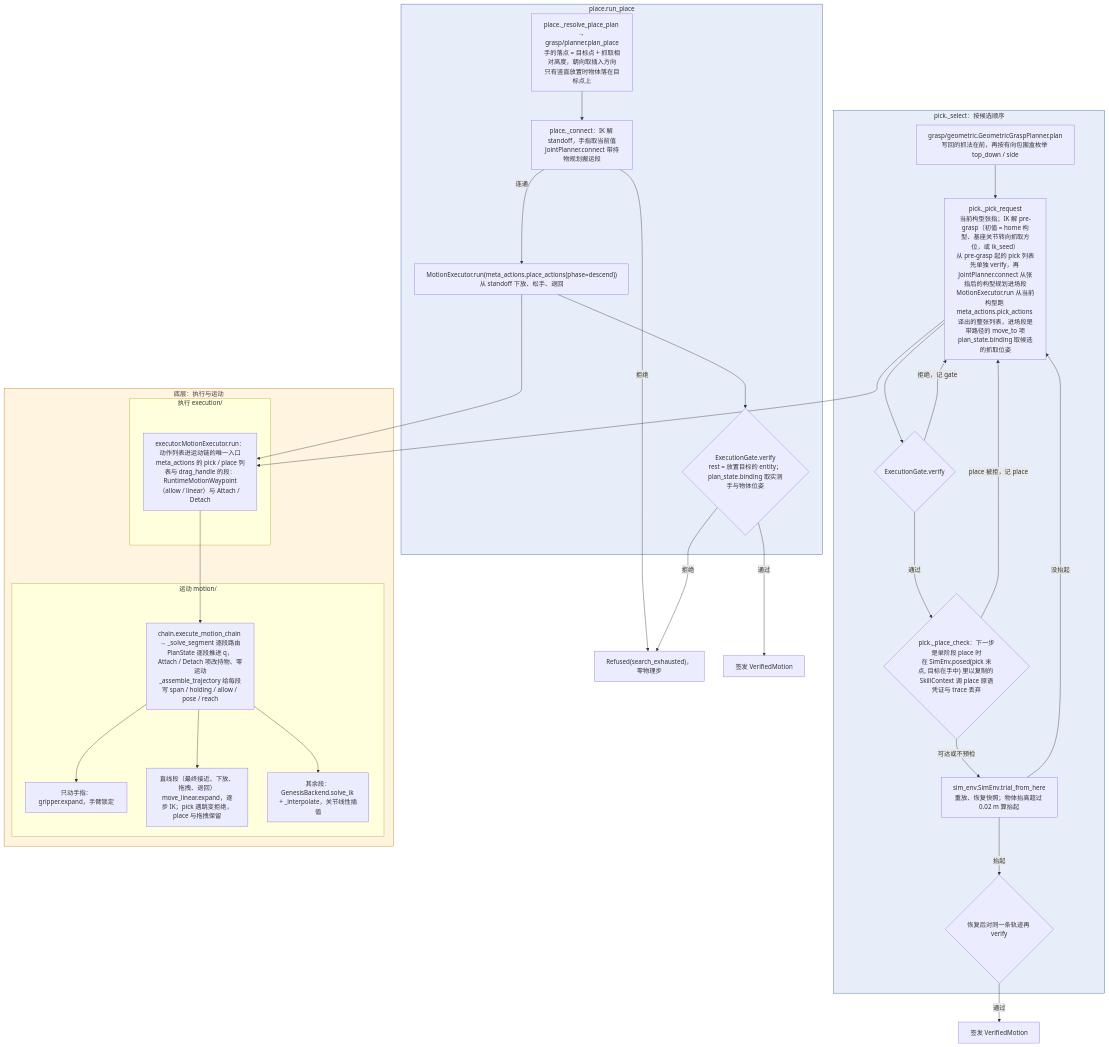
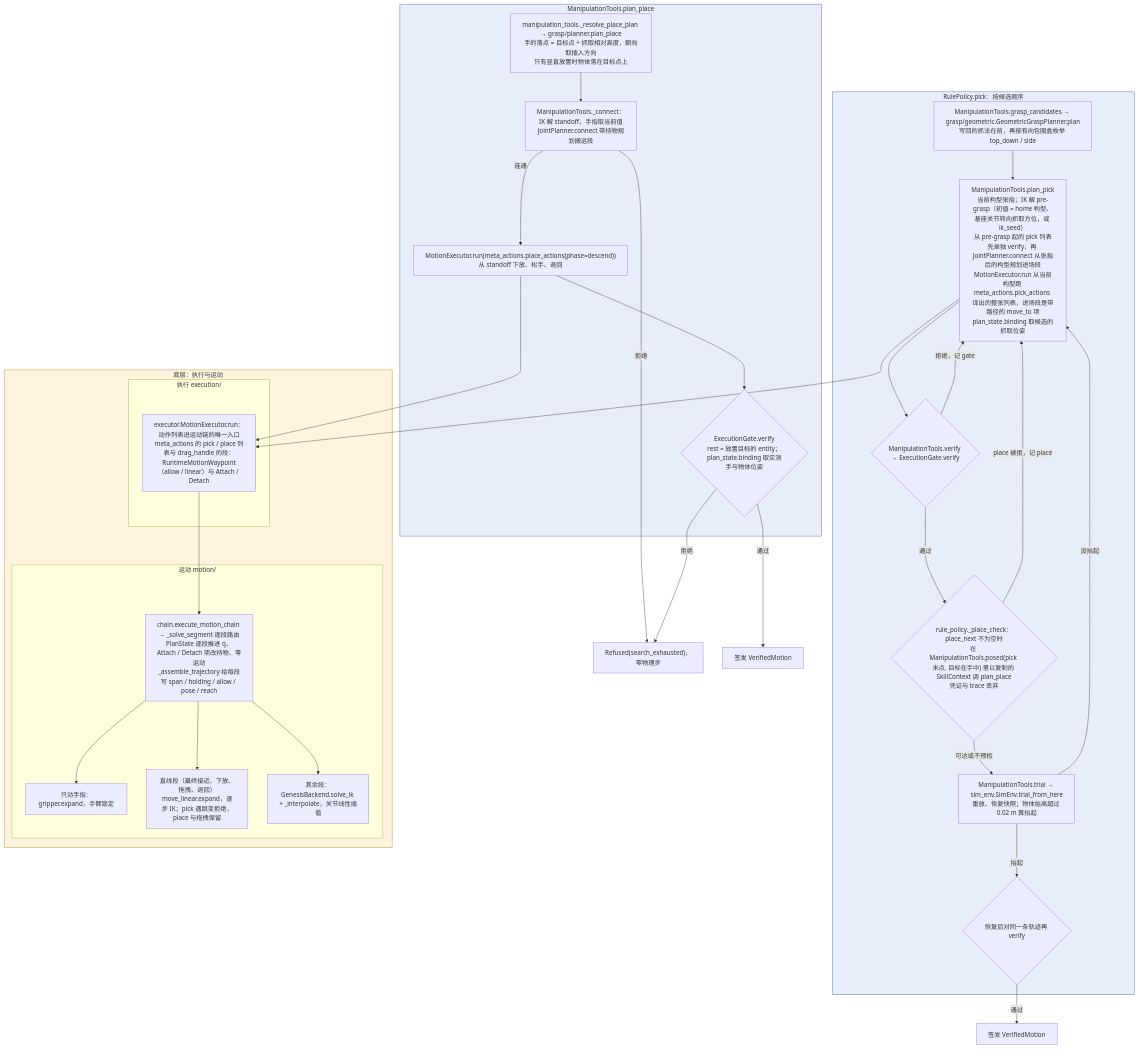
The fourth of 5 diagrams in docs/call-chain.md (ZJLi2013/RoboSmith), drawn with Mermaid before and after one commit. The commit also changed other lines of this file and 13 other files, not shown here.

Commit message:
skills: pick and place are a rule policy over manipulation tools, and the runner passes each step what follows it and how to trial

````diff
--- a/docs/call-chain.md
+++ b/docs/call-chain.md
@@ -178,49 +186,49 @@
 ```mermaid
 flowchart TD
-    subgraph PK["pick._select：按候选顺序"]
-        GEO["grasp/geometric.GeometricGraspPlanner.plan<br/>写回的抓法在前，再按有向包围盒枚举 top_down / side"]
-        PM["pick._pick_request<br/>当前构型张指；IK 解 pre-grasp（初值 = home 构型、基座关节转向抓取方位，或 ik_seed）<br/>从 pre-grasp 起的 pick 列表先单独 verify，再 JointPlanner.connect 从张指后的构型规划进场段<br/>MotionExecutor.run 从当前构型跑 meta_actions.pick_actions 译出的整张列表，进场段是带路径的 move_to 项<br/>plan_state.binding 取候选的抓取位姿"]
-        V1{"ExecutionGate.verify"}
-        PRE{"pick._place_check：下一步是单阶段 place 时<br/>在 SimEnv.posed(pick 末点, 目标在手中) 里以复制的 SkillContext 调 place 原语<br/>凭证与 trace 丢弃"}
-        TR["sim_env.SimEnv.trial_from_here<br/>重放、恢复快照；物体抬高超过 0.02 m 算抬起"]
+    subgraph PK["RulePolicy.pick：按候选顺序"]
+        GEO["ManipulationTools.grasp_candidates → grasp/geometric.GeometricGraspPlanner.plan<br/>写回的抓法在前，再按有向包围盒枚举 top_down / side"]
+        PM["ManipulationTools.plan_pick<br/>当前构型张指；IK 解 pre-grasp（初值 = home 构型、基座关节转向抓取方位，或 ik_seed）<br/>从 pre-grasp 起的 pick 列表先单独 verify，再 JointPlanner.connect 从张指后的构型规划进场段<br/>MotionExecutor.run 从当前构型跑 meta_actions.pick_actions 译出的整张列表，进场段是带路径的 move_to 项<br/>plan_state.binding 取候选的抓取位姿"]
+        V1{"ManipulationTools.verify → ExecutionGate.verify"}
+        PRE{"rule_policy._place_check：place_next 不为空时<br/>在 ManipulationTools.posed(pick 末点, 目标在手中) 里以复制的 SkillContext 调 plan_place<br/>凭证与 trace 丢弃"}
+        TR["ManipulationTools.trial → sim_env.SimEnv.trial_from_here<br/>重放、恢复快照；物体抬高超过 0.02 m 算抬起"]
         V2{"恢复后对同一条轨迹再 verify"}
     end
 
-    subgraph PL["place.run_place"]
-        PP["place._resolve_place_plan → grasp/planner.plan_place<br/>手的落点 = 目标点 + 抓取相对高度，朝向取插入方向<br/>只有竖直放置时物体落在目标点上"]
-        PC["place._connect：IK 解 standoff，手指取当前值<br/>JointPlanner.connect 带持物规划搬运段"]
+    subgraph PL["ManipulationTools.plan_place"]
+        PP["manipulation_tools._resolve_place_plan → grasp/planner.plan_place<br/>手的落点 = 目标点 + 抓取相对高度，朝向取插入方向<br/>只有竖直放置时物体落在目标点上"]
+        PC["ManipulationTools._connect：IK 解 standoff，手指取当前值<br/>JointPlanner.connect 带持物规划搬运段"]
         PX["MotionExecutor.run(meta_actions.place_actions(phase=descend))<br/>从 standoff 下放、松手、退回"]
         V3{"ExecutionGate.verify<br/>rest = 放置目标的 entity；plan_state.binding 取实测手与物体位姿"}
     end
 
     subgraph LOW["底层：执行与运动"]
         subgraph EX["执行 execution/"]
             EXE["executor.MotionExecutor.run：动作列表进运动链的唯一入口<br/>meta_actions 的 pick / place 列表与 drag_handle 的段：RuntimeMotionWaypoint（allow / linear）与 Attach / Detach"]
         end
         subgraph MO["运动 motion/"]
             CH["chain.execute_motion_chain → _solve_segment 逐段路由<br/>PlanState 逐段推进 q，Attach / Detach 项改持物、零运动<br/>_assemble_trajectory 给每段写 span / holding / allow / pose / reach"]
             F["只动手指：gripper.expand，手臂锁定"]
             C["直线段（最终接近、下放、拖拽、退回）<br/>move_linear.expand，逐步 IK；pick 遇跳变拒绝，place 与拖拽保留"]
             G["其余段：GenesisBackend.solve_ik + _interpolate，关节线性插值"]
         end
     end
 
     GEO --> PM --> V1
     V1 -- 拒绝，记 gate --> PM
     V1 -- 通过 --> PRE
     PRE -- place 被拒，记 place --> PM
     PRE -- 可达或不预检 --> TR
     TR -- 没抬起 --> PM
     TR -- 抬起 --> V2
     V2 -- 通过 --> OKP["签发 VerifiedMotion"]
     PP --> PC
     PC -- 拒绝 --> RF["Refused(search_exhausted)，零物理步"]
     PC -- 连通 --> PX --> V3
     V3 -- 拒绝 --> RF
     V3 -- 通过 --> OKL["签发 VerifiedMotion"]
     PM & PX --> EXE --> CH --> F & C & G
 
     style PK fill:#e8eef9,stroke:#3b5b9a
     style PL fill:#e8eef9,stroke:#3b5b9a
     style LOW fill:#fff4e0,stroke:#b9770e
 ```
````
